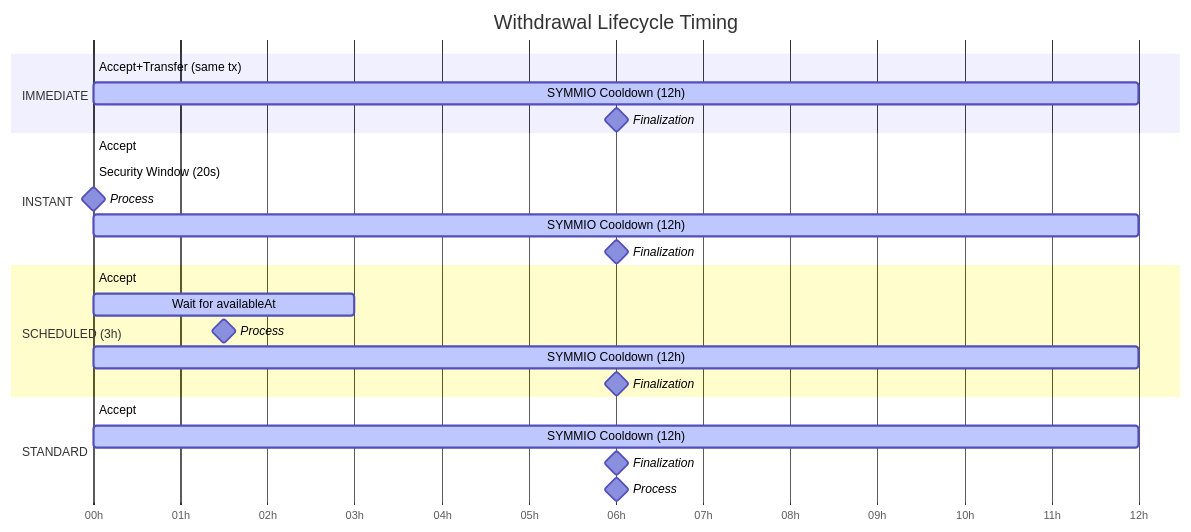
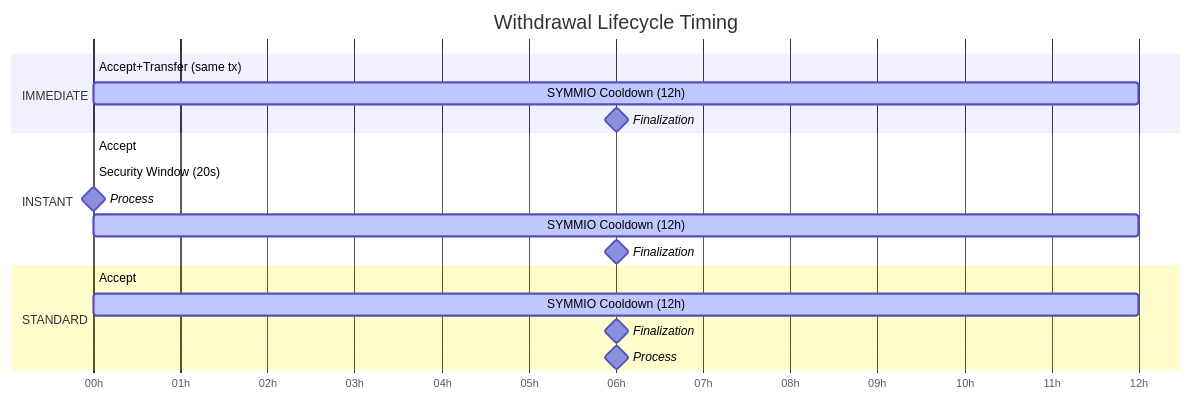
One commit to SYMM-IO/perps-core changed diagram 22 of 29 in docs/v0.8.6/express-bot-operations-checklist.md. Above: the diagram before and after it, drawn with Mermaid. The commit also changed other lines of this file and 14 other files, not shown here.

````diff
--- a/docs/v0.8.6/express-bot-operations-checklist.md
+++ b/docs/v0.8.6/express-bot-operations-checklist.md
@@ -3118,31 +2656,24 @@
 ```mermaid
 gantt
     title Withdrawal Lifecycle Timing
     dateFormat X
     axisFormat %Hh
 
     section IMMEDIATE
     Accept+Transfer (same tx) :done, 0, 1
     SYMMIO Cooldown (12h)     :active, 0, 43200
     Finalization              :milestone, 43200, 43200
 
     section INSTANT
     Accept                    :done, 0, 1
     Security Window (20s)     :crit, 0, 20
     Process                   :milestone, 20, 20
     SYMMIO Cooldown (12h)     :active, 0, 43200
     Finalization              :milestone, 43200, 43200
 
-    section SCHEDULED (3h)
-    Accept                    :done, 0, 1
-    Wait for availableAt      :active, 0, 10800
-    Process                   :milestone, 10800, 10800
-    SYMMIO Cooldown (12h)     :active, 0, 43200
-    Finalization              :milestone, 43200, 43200
-
     section STANDARD
     Accept                    :done, 0, 1
     SYMMIO Cooldown (12h)     :active, 0, 43200
     Finalization              :milestone, 43200, 43200
     Process                   :milestone, 43201, 43201
 ```
````
